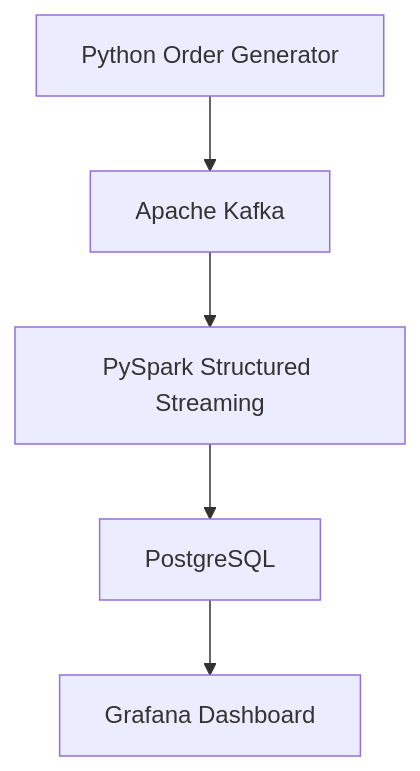
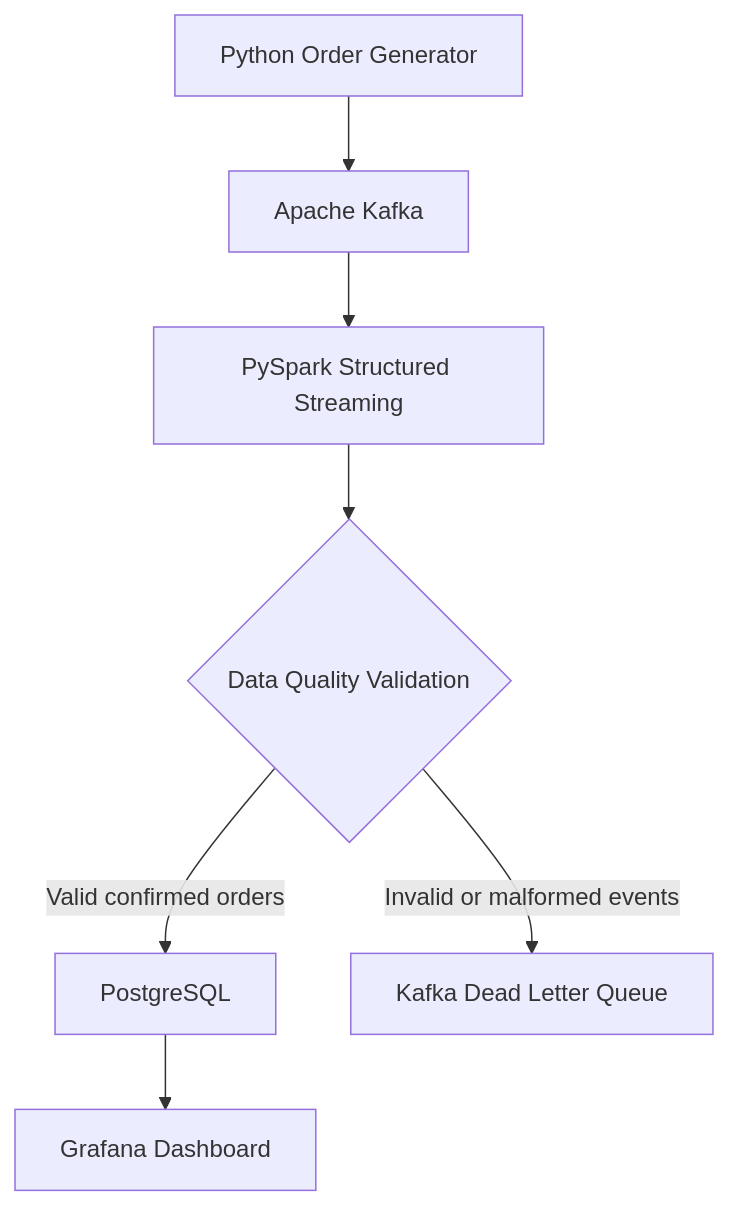
The diagram in README.md (Shoaib551999/real-time-ecommerce-data-pipeline), drawn with Mermaid before and after one commit. The commit also changed other lines of this file, not shown here.

Commit message:
Polish README with architecture, DLQ and testing documentation

````diff
--- a/README.md
+++ b/README.md
@@ -194,7 +46,11 @@
 ```mermaid
 flowchart TD
     A[Python Order Generator] --> B[Apache Kafka]
     B --> C[PySpark Structured Streaming]
-    C --> D[PostgreSQL]
-    D --> E[Grafana Dashboard]
+    C --> D{Data Quality Validation}
+
+    D -->|Valid confirmed orders| E[PostgreSQL]
+    E --> F[Grafana Dashboard]
+
+    D -->|Invalid or malformed events| G[Kafka Dead Letter Queue]
 ```
````
